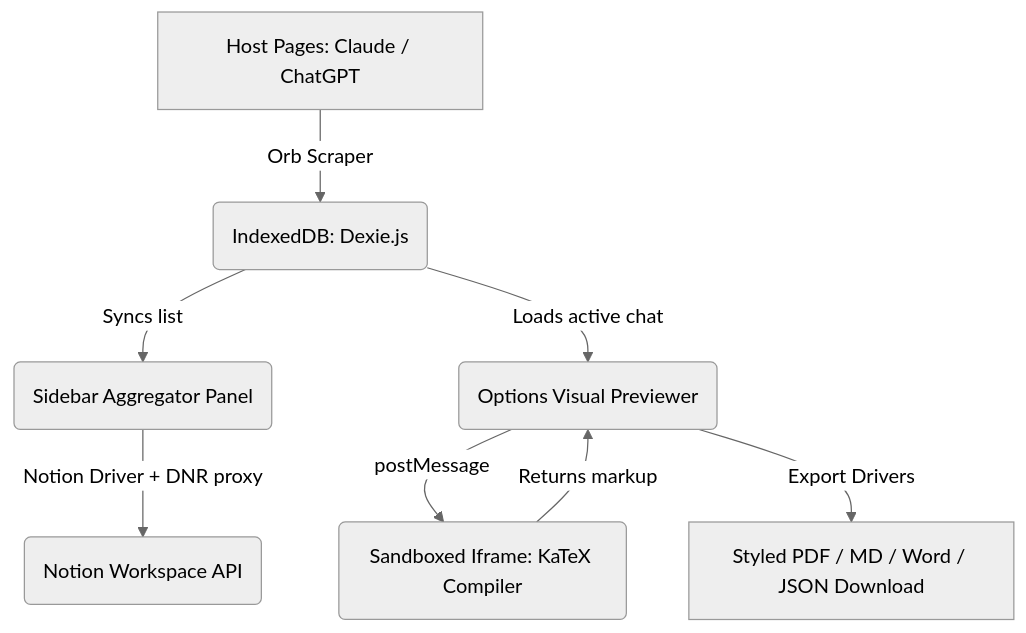
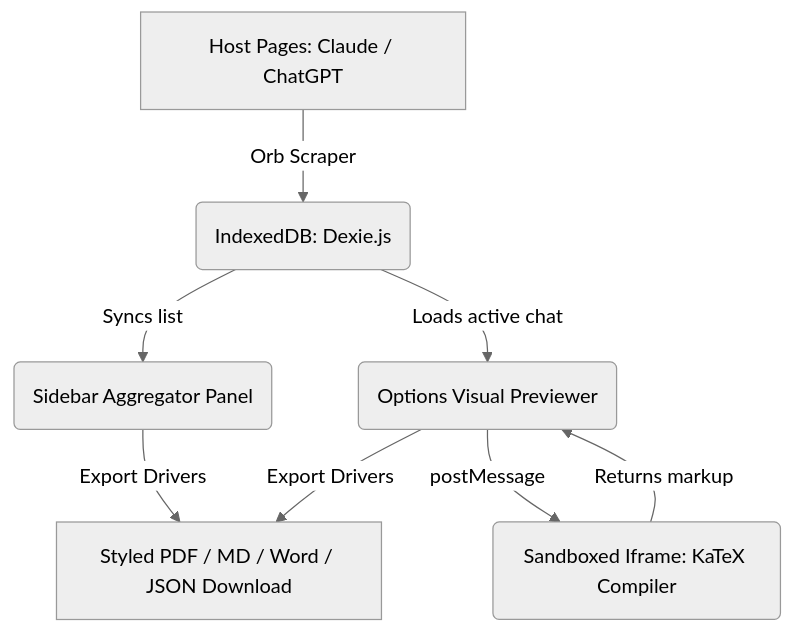
Before and after one commit to Navaneeth187/Omniscribe-EXTN: the diagram in audits/detailed_walkthrough.md, drawn with Mermaid (neutral theme). The commit also changed other lines of this file and 23 other files, not shown here.

````diff
--- a/audits/detailed_walkthrough.md
+++ b/audits/detailed_walkthrough.md
@@ -59,10 +58,10 @@
 ```mermaid
 graph TD
   A[Host Pages: Claude / ChatGPT] -->|Orb Scraper| B(IndexedDB: Dexie.js)
   B -->|Syncs list| C(Sidebar Aggregator Panel)
   B -->|Loads active chat| D(Options Visual Previewer)
-  C -->|Notion Driver + DNR proxy| E(Notion Workspace API)
   D -->|postMessage| F(Sandboxed Iframe: KaTeX Compiler)
   F -->|Returns markup| D
-  D -->|Export Drivers| G[Styled PDF / MD / Word / JSON Download]
+  C -->|Export Drivers| G[Styled PDF / MD / Word / JSON Download]
+  D -->|Export Drivers| G
 ```
````
